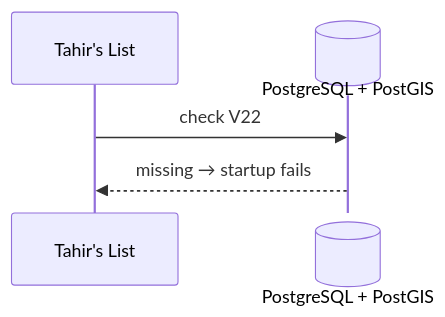
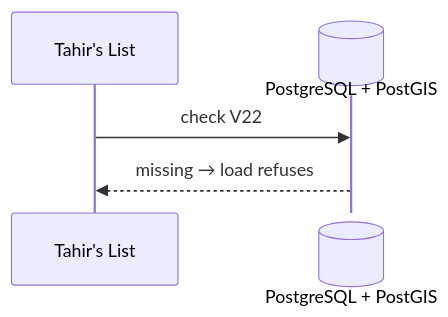
Before and after one commit to Losers-Lab/tahirs-list: the seventh of 8 diagrams in docs/features/SC-211/04-blackbox/UC-03-load-reviewed-batch.md, drawn with Mermaid. The commit also changed other lines of this file and 7 other files, not shown here.

````diff
--- a/docs/features/SC-211/04-blackbox/UC-03-load-reviewed-batch.md
+++ b/docs/features/SC-211/04-blackbox/UC-03-load-reviewed-batch.md
@@ -62,7 +75,7 @@
 ```mermaid
 sequenceDiagram
   participant TL as Tahir's List
   participant DB@{ "type": "database" } as PostgreSQL + PostGIS
   TL->>DB: check V22
-  DB-->>TL: missing → startup fails
+  DB-->>TL: missing → load refuses
 ```
````
